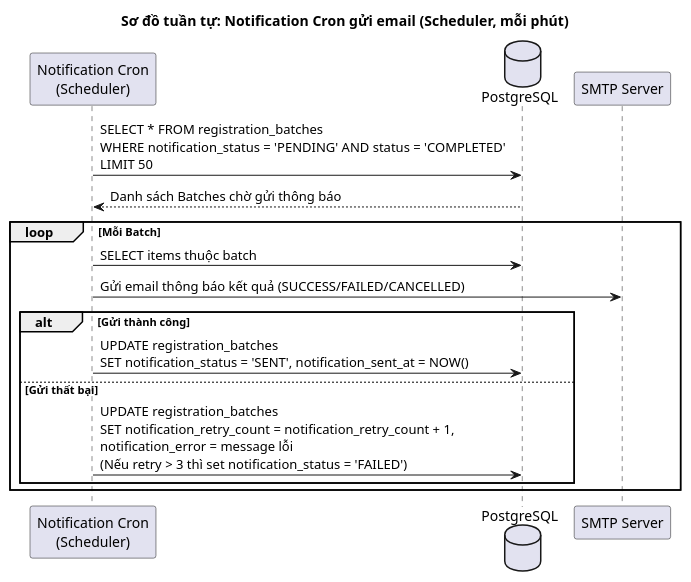
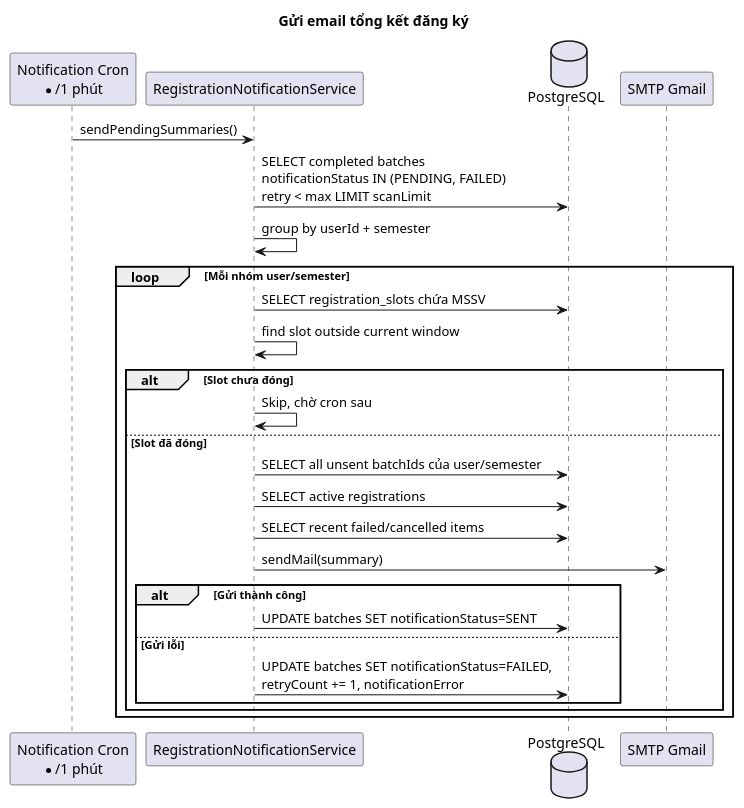
Before and after one commit to huyhuyqazwsx/do_an_tot_nghiep: diagram 19 of 20 in docs/doc/sequence-diagrams.md, drawn with PlantUML. The commit also changed other lines of this file and 1 other file, not shown here.

````diff
--- a/docs/doc/sequence-diagrams.md
+++ b/docs/doc/sequence-diagrams.md
@@ -211,25 +727,32 @@
 ```plantuml
-@startuml SD_Notification
-title Sơ đồ tuần tự: Notification Cron gửi email (Scheduler, mỗi phút)
+@startuml SD_NotificationSummary
+title Gửi email tổng kết đăng ký
 
-participant "Notification Cron\n(Scheduler)" as Cron
+participant "Notification Cron\n*/1 phút" as Cron
+participant "RegistrationNotificationService" as NotiS
 database "PostgreSQL" as DB
-participant "SMTP Server" as SMTP
+participant "SMTP Gmail" as SMTP
 
-Cron -> DB : SELECT * FROM registration_batches\nWHERE notification_status = 'PENDING' AND status = 'COMPLETED'\nLIMIT 50
+Cron -> NotiS : sendPendingSummaries()
+NotiS -> DB : SELECT completed batches\nnotificationStatus IN (PENDING, FAILED)\nretry < max LIMIT scanLimit
+NotiS -> NotiS : group by userId + semester
 
-DB --> Cron : Danh sách Batches chờ gửi thông báo
-
-loop Mỗi Batch
-    Cron -> DB : SELECT items thuộc batch
-    Cron -> SMTP : Gửi email thông báo kết quả (SUCCESS/FAILED/CANCELLED)
-
+loop Mỗi nhóm user/semester
+  NotiS -> DB : SELECT registration_slots chứa MSSV
+  NotiS -> NotiS : find slot outside current window
+  alt Slot chưa đóng
+    NotiS -> NotiS : Skip, chờ cron sau
+  else Slot đã đóng
+    NotiS -> DB : SELECT all unsent batchIds của user/semester
+    NotiS -> DB : SELECT active registrations
+    NotiS -> DB : SELECT recent failed/cancelled items
+    NotiS -> SMTP : sendMail(summary)
     alt Gửi thành công
-        Cron -> DB : UPDATE registration_batches\nSET notification_status = 'SENT', notification_sent_at = NOW()
-    else Gửi thất bại
-        Cron -> DB : UPDATE registration_batches\nSET notification_retry_count = notification_retry_count + 1,\nnotification_error = message lỗi\n(Nếu retry > 3 thì set notification_status = 'FAILED')
+      NotiS -> DB : UPDATE batches SET notificationStatus=SENT
+    else Gửi lỗi
+      NotiS -> DB : UPDATE batches SET notificationStatus=FAILED,\nretryCount += 1, notificationError
     end
+  end
 end
-
 @enduml
 ```
````
